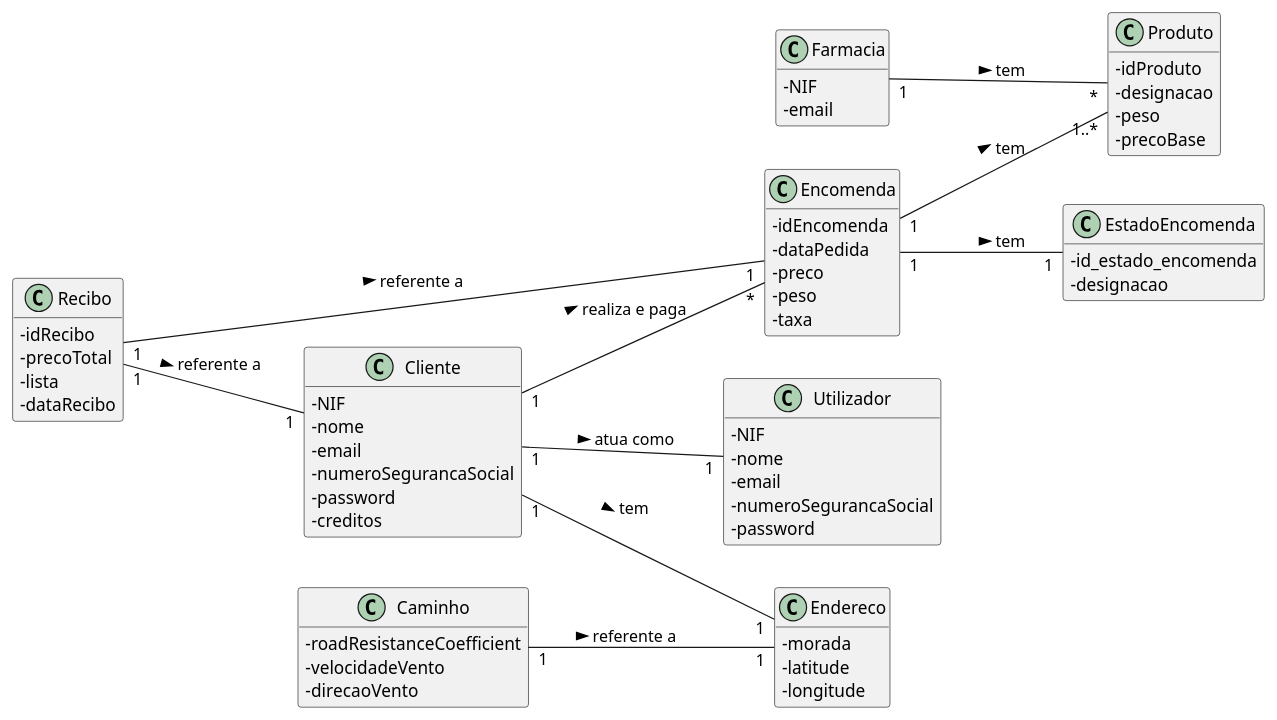
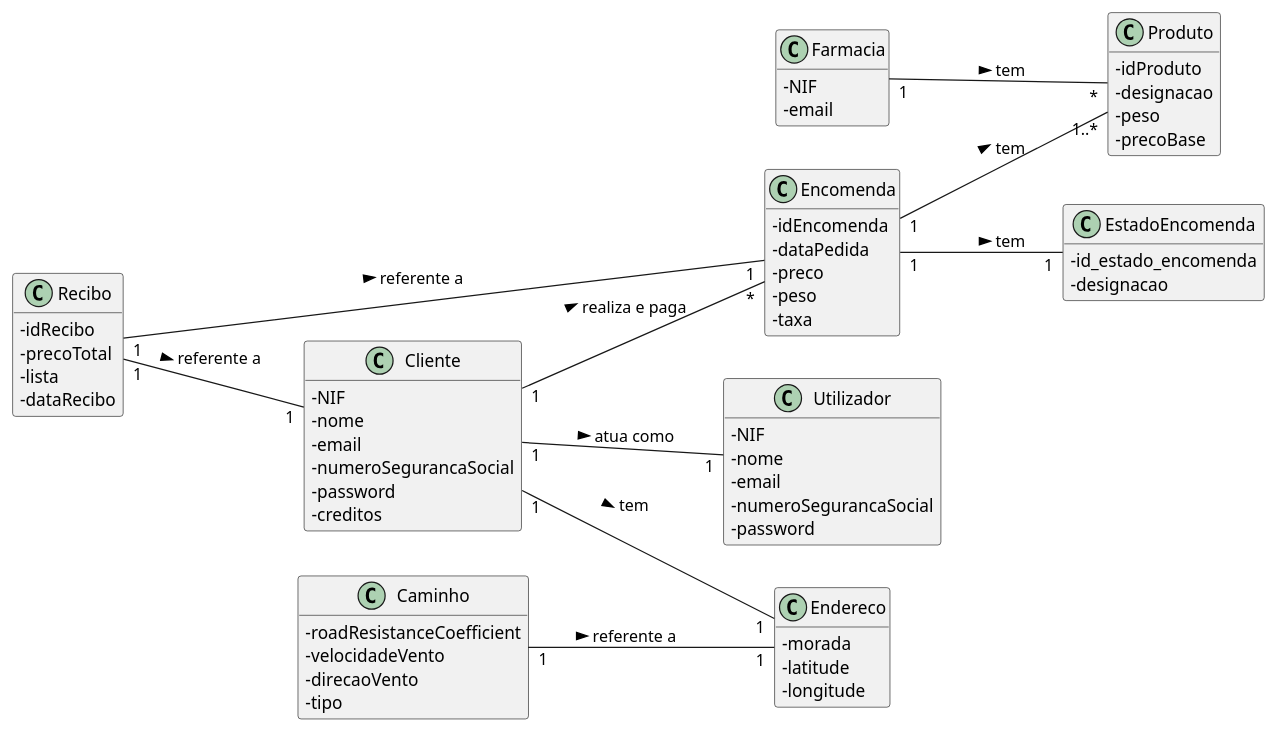
Before and after one commit to pedrolemos4/LAPR3: the diagram in docs/UC14/MD.puml, drawn with PlantUML. The commit also changed 3 other files, not shown here.

```diff
--- a/docs/UC14/MD.puml
+++ b/docs/UC14/MD.puml
@@ -1,79 +1,80 @@
 @startuml
 skinparam classAttributeIconSize 0
 hide methods
 left to right direction
 
 
 class Encomenda {
   -idEncomenda
   -dataPedida
   -preco
   -peso
   -taxa
 }
 
 class Recibo {
   -idRecibo
   -precoTotal
   -lista
   -dataRecibo
 }
 
 class Produto {
   -idProduto
   -designacao
   -peso
   -precoBase
 }
 
 class Utilizador {
   -NIF
   -nome
   -email
   -numeroSegurancaSocial
   -password
 }
 
 class Endereco {
   -morada
   -latitude
   -longitude
 }
 
 class Cliente {
   -NIF
   -nome
   -email
   -numeroSegurancaSocial
   -password
   -creditos
 }
 
 class EstadoEncomenda {
   -id_estado_encomenda
   -designacao
 }
 
 class Caminho {
   -roadResistanceCoefficient
   -velocidadeVento
   -direcaoVento
+  -tipo
 }
 
 class Farmacia {
   -NIF
   -email
 }
 
 
 Encomenda "1" -- "1" EstadoEncomenda : tem >
 Cliente "1" -- "1" Utilizador: atua como >
 Cliente "1" -- "*" Encomenda: realiza e paga >
 Encomenda "1" -- "1..*" Produto: tem >
 Cliente "1" -- "1" Endereco: tem >
 Recibo "1" -- "1" Encomenda: referente a >
 Recibo "1" -- "1" Cliente: referente a >
 Farmacia "1" -- "*" Produto: tem >
 Caminho "1" -- "1" Endereco: referente a >
 
 @enduml
```
